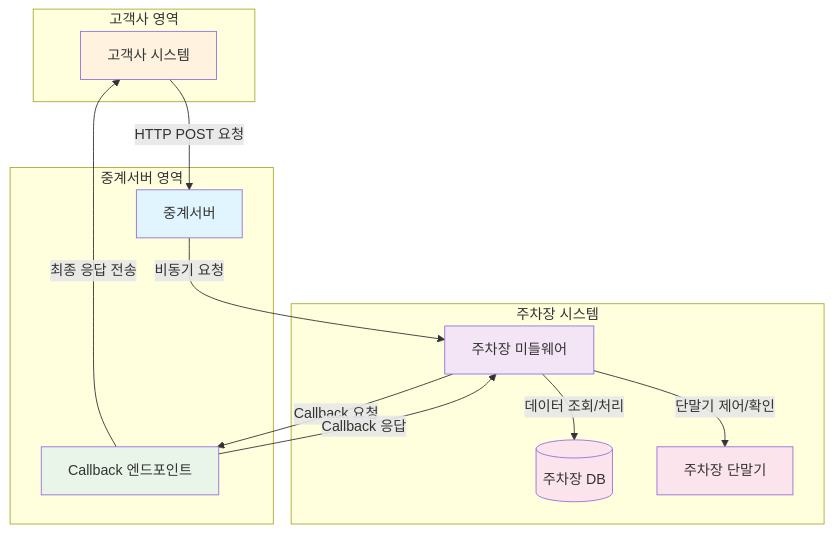
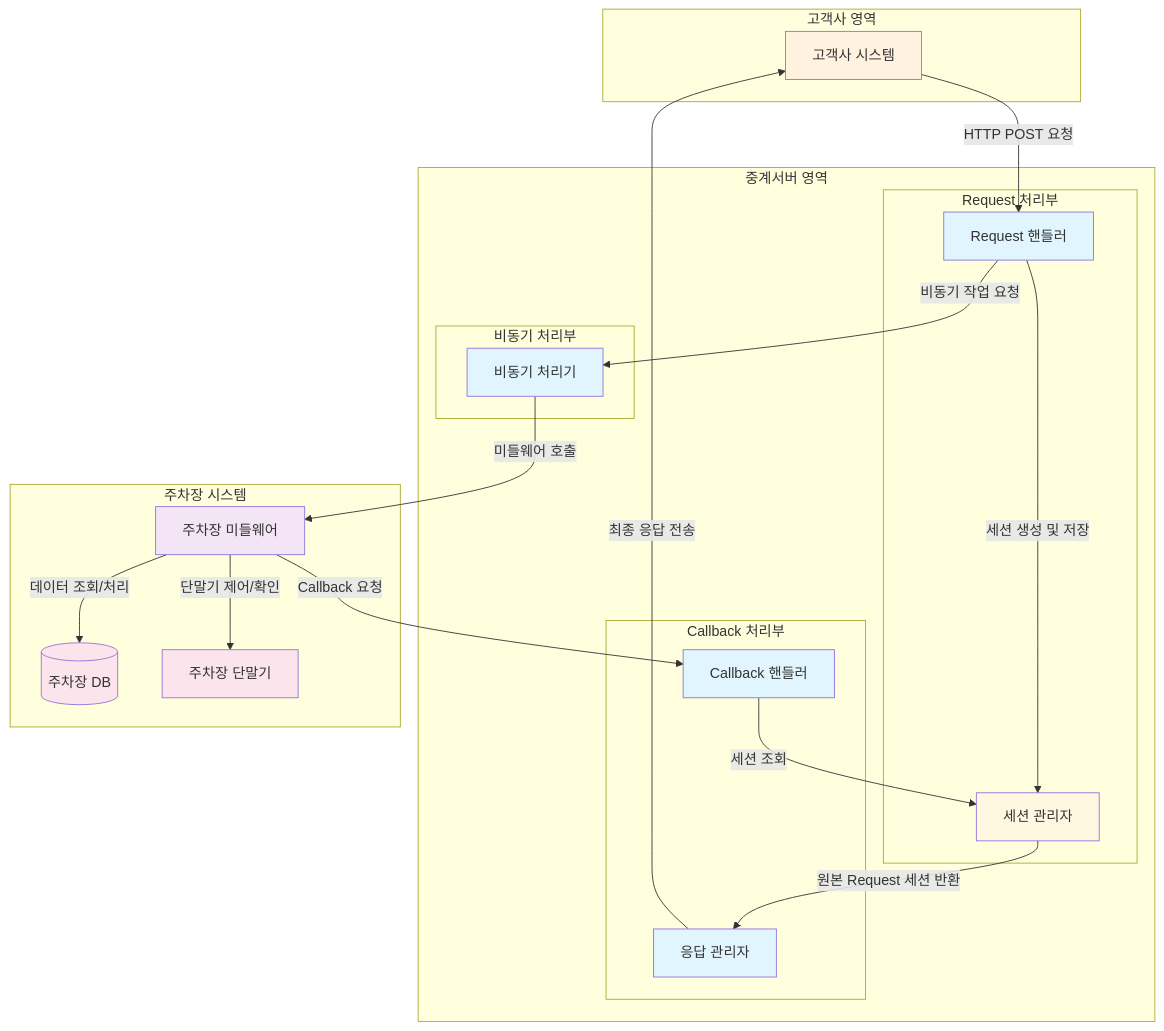
Before and after one commit to hongsoonmyung/test: the first of 6 diagrams in README.md, drawn with Mermaid.

````diff
--- a/README.md
+++ b/README.md
@@ -16,38 +16,55 @@
 ```mermaid
 graph TB
     subgraph "고객사 영역"
         Client[고객사 시스템]
     end
     
     subgraph "중계서버 영역"
-        Relay[중계서버]
-        Callback[Callback 엔드포인트]
+        subgraph "Request 처리부"
+            RequestHandler[Request 핸들러]
+            SessionManager[세션 관리자]
+        end
+        
+        subgraph "비동기 처리부"
+            AsyncProcessor[비동기 처리기]
+        end
+        
+        subgraph "Callback 처리부"
+            CallbackHandler[Callback 핸들러]
+            ResponseManager[응답 관리자]
+        end
     end
     
     subgraph "주차장 시스템"
         MW[주차장 미들웨어]
         ParkingDB[(주차장 DB)]
         Terminal[주차장 단말기]
     end
     
-    Client -->|HTTP POST 요청| Relay
-    Relay -->|비동기 요청| MW
+    Client -->|HTTP POST 요청| RequestHandler
+    RequestHandler -->|세션 생성 및 저장| SessionManager
+    RequestHandler -->|비동기 작업 요청| AsyncProcessor
+    AsyncProcessor -->|미들웨어 호출| MW
+    
     MW -->|데이터 조회/처리| ParkingDB
     MW -->|단말기 제어/확인| Terminal
-    MW -->|Callback 요청| Callback
-    Callback -->|Callback 응답| MW
-    Callback -->|최종 응답 전송| Client
+    MW -->|Callback 요청| CallbackHandler
+    
+    CallbackHandler -->|세션 조회| SessionManager
+    SessionManager -->|원본 Request 세션 반환| ResponseManager
+    ResponseManager -->|최종 응답 전송| Client
     
     classDef relayStyle fill:#e1f5fe
     classDef mwStyle fill:#f3e5f5
     classDef callbackStyle fill:#e8f5e8
     classDef clientStyle fill:#fff3e0
     classDef parkingStyle fill:#fce4ec
+    classDef sessionStyle fill:#fff8e1
     
-    class Relay relayStyle
+    class RequestHandler,AsyncProcessor,CallbackHandler,ResponseManager relayStyle
+    class SessionManager sessionStyle
     class MW mwStyle
-    class Callback callbackStyle
     class Client clientStyle
     class ParkingDB parkingStyle
     class Terminal parkingStyle
 ```
````
